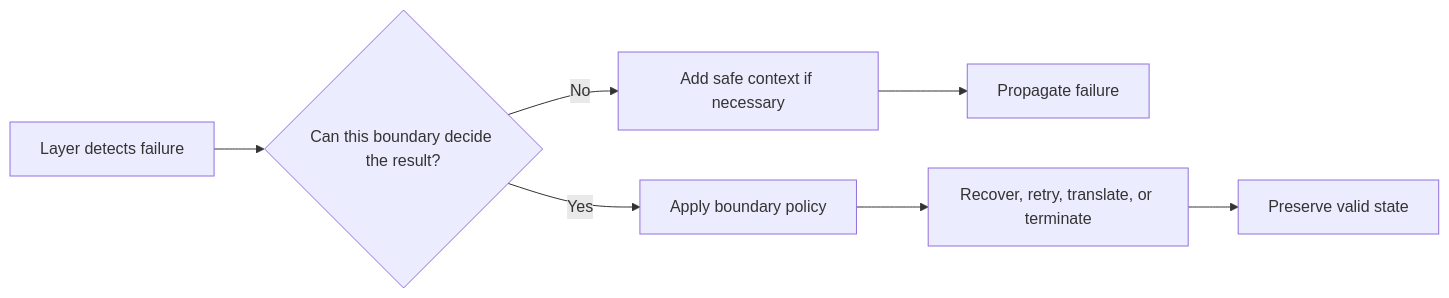
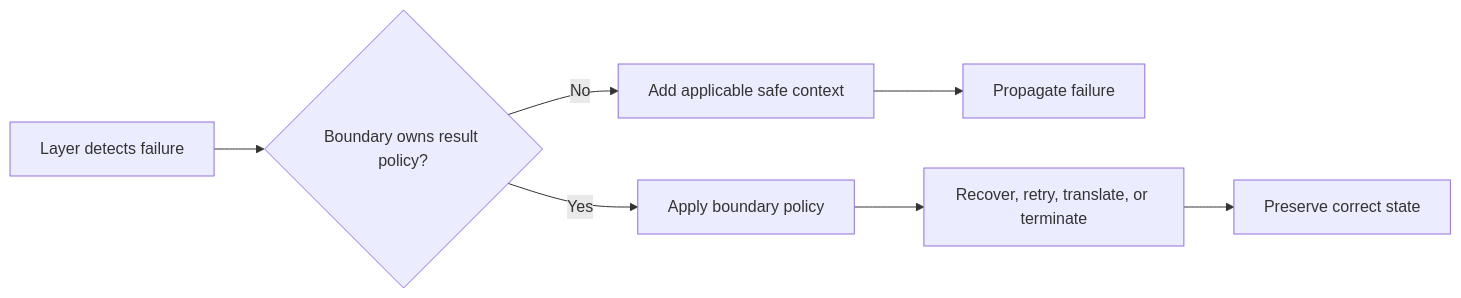
One commit to HomericIntelligence/Athena changed the diagram in docs/principles/details/p030-nearest-responsible-error-boundary.md. Above: the diagram before and after it, drawn with Mermaid. The commit also changed other lines of this file and 91 other files, not shown here.

````diff
--- a/docs/principles/details/p030-nearest-responsible-error-boundary.md
+++ b/docs/principles/details/p030-nearest-responsible-error-boundary.md
@@ -34,9 +35,9 @@
 ```mermaid
 flowchart LR
-    Detect["Layer detects failure"] --> Decide{"Can this boundary decide the result?"}
-    Decide -->|No| Context["Add safe context if necessary"]
+    Detect["Layer detects failure"] --> Decide{"Boundary owns result policy?"}
+    Decide -->|No| Context["Add applicable safe context"]
     Context --> Propagate["Propagate failure"]
     Decide -->|Yes| Policy["Apply boundary policy"]
     Policy --> Action["Recover, retry, translate, or terminate"]
-    Action --> State["Preserve valid state"]
+    Action --> State["Preserve correct state"]
 ```
````
